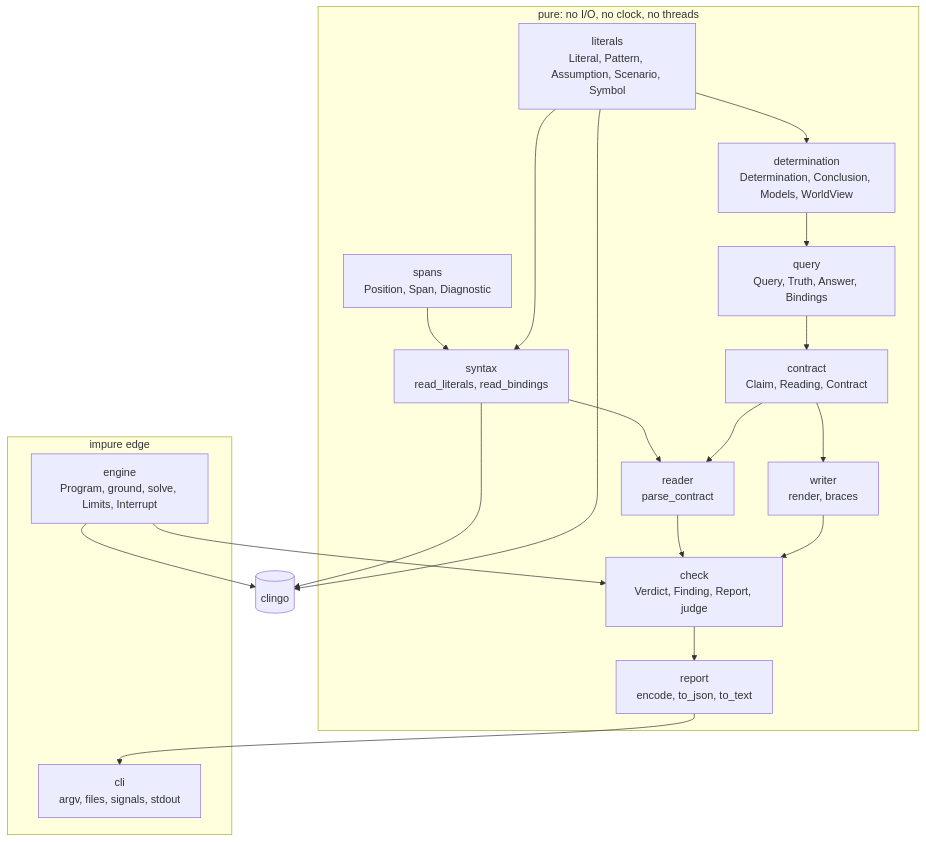
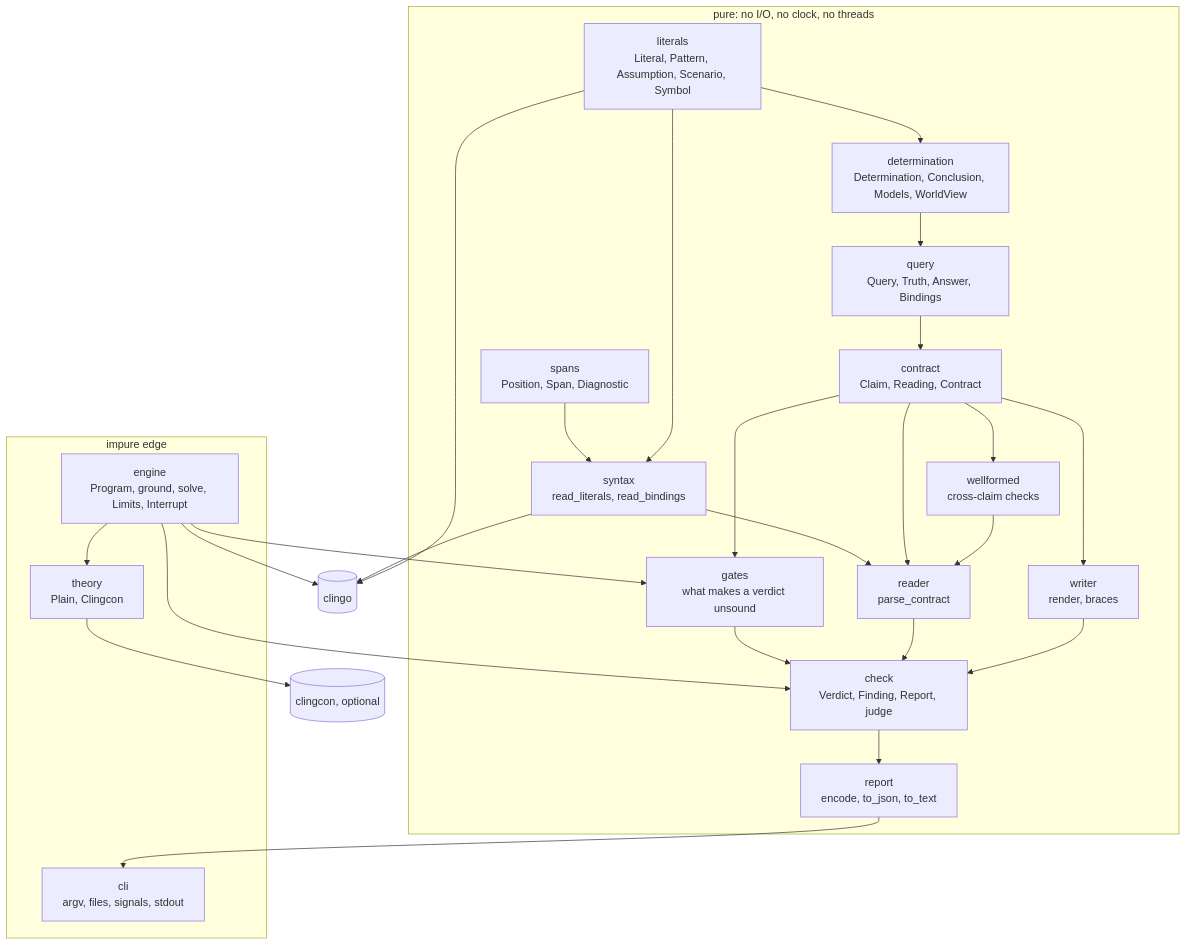
The first of 2 diagrams in DESIGN-2026-10-30.md (GregoryGelfond/elenctic), drawn with Mermaid before and after one commit. The commit also changed other lines of this file, not shown here.

First line of the commit message:
Design: clingcon built (§8), D11 built, D12 resolved, flag rule and proposal (§9), measurements (§16)

````diff
--- a/DESIGN-2026-10-30.md
+++ b/DESIGN-2026-10-30.md
@@ -376,33 +383,42 @@
 ```mermaid
 flowchart TD
     subgraph pure["pure: no I/O, no clock, no threads"]
         spans["spans<br/>Position, Span, Diagnostic"]
         literals["literals<br/>Literal, Pattern, Assumption, Scenario, Symbol"]
         syntax["syntax<br/>read_literals, read_bindings"]
         determination["determination<br/>Determination, Conclusion, Models, WorldView"]
         query["query<br/>Query, Truth, Answer, Bindings"]
         contract["contract<br/>Claim, Reading, Contract"]
         reader["reader<br/>parse_contract"]
         writer["writer<br/>render, braces"]
+        wellformed["wellformed<br/>cross-claim checks"]
+        gates["gates<br/>what makes a verdict unsound"]
         check["check<br/>Verdict, Finding, Report, judge"]
         report["report<br/>encode, to_json, to_text"]
     end
     subgraph impure["impure edge"]
         engine["engine<br/>Program, ground, solve, Limits, Interrupt"]
+        theory["theory<br/>Plain, Clingcon"]
         cli["cli<br/>argv, files, signals, stdout"]
     end
     clingo[(clingo)]
+    clingcon[(clingcon, optional)]
     spans --> syntax
     literals --> syntax
     literals --> determination --> query --> contract
     syntax --> reader
     contract --> reader
+    contract --> wellformed --> reader
+    contract --> gates --> check
+    engine --> gates
+    engine --> theory
+    theory --> clingcon
     contract --> writer
     reader --> check
     writer --> check
     engine --> check
     check --> report --> cli
     engine --> clingo
     syntax --> clingo
     literals --> clingo
 ```
````
